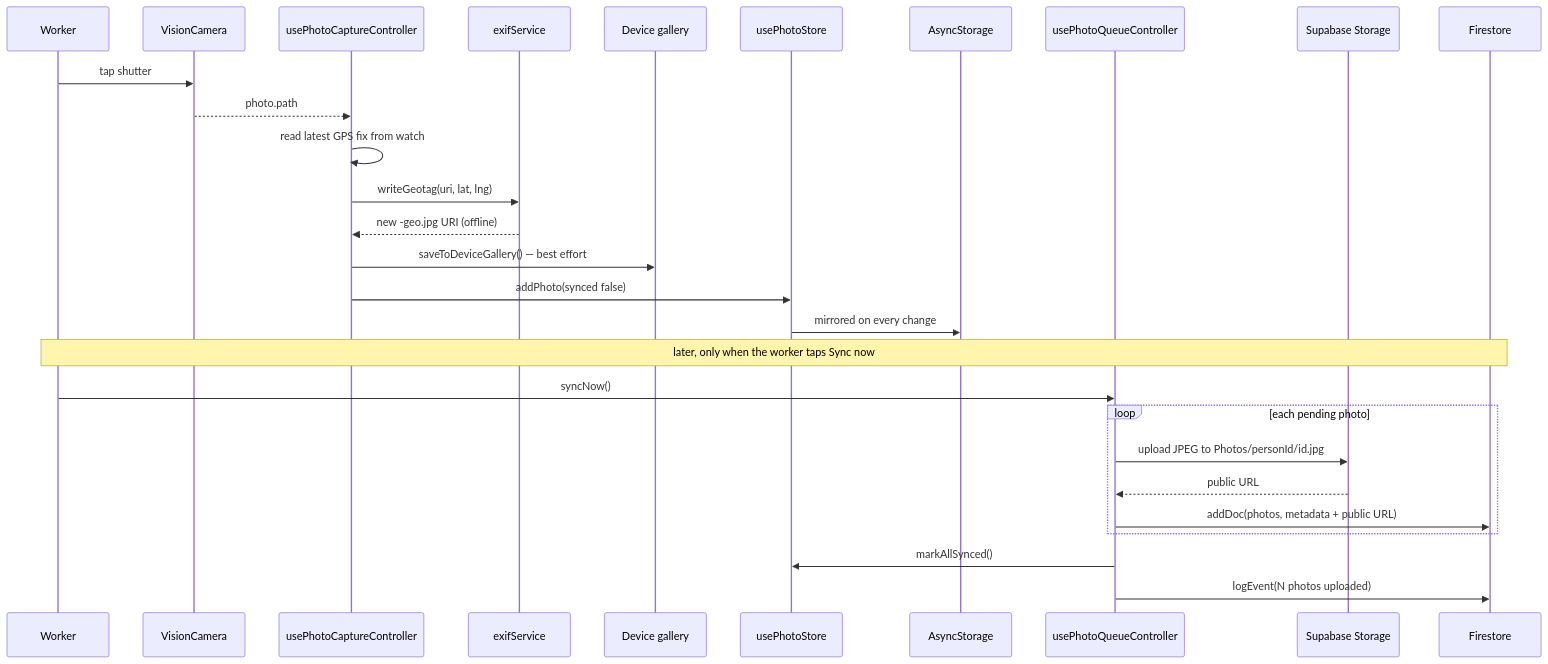
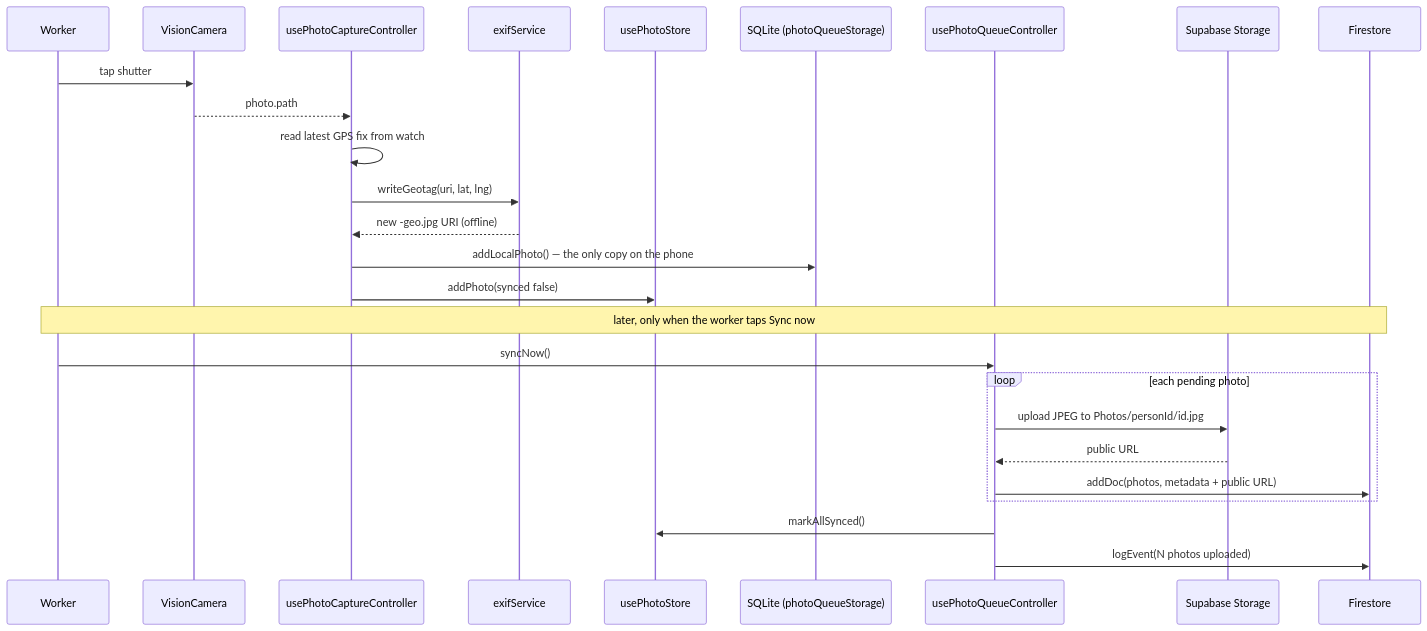
Before and after one commit to Aman2132/Site-tracker: the sixth of 8 diagrams in PROJECT_OVERVIEW.md, drawn with Mermaid. The commit also changed other lines of this file and 46 other files, not shown here.

````diff
--- a/PROJECT_OVERVIEW.md
+++ b/PROJECT_OVERVIEW.md
@@ -357,33 +357,31 @@
 ```mermaid
 sequenceDiagram
     participant U as Worker
     participant CAM as VisionCamera
     participant CTRL as usePhotoCaptureController
     participant EXIF as exifService
-    participant GAL as Device gallery
     participant STORE as usePhotoStore
-    participant DISK as AsyncStorage
+    participant DISK as SQLite (photoQueueStorage)
     participant QC as usePhotoQueueController
     participant SB as Supabase Storage
     participant FS as Firestore
 
     U->>CAM: tap shutter
     CAM-->>CTRL: photo.path
     CTRL->>CTRL: read latest GPS fix from watch
     CTRL->>EXIF: writeGeotag(uri, lat, lng)
     EXIF-->>CTRL: new -geo.jpg URI (offline)
-    CTRL->>GAL: saveToDeviceGallery() — best effort
+    CTRL->>DISK: addLocalPhoto() — the only copy on the phone
     CTRL->>STORE: addPhoto(synced false)
-    STORE->>DISK: mirrored on every change
 
     Note over U,FS: later, only when the worker taps Sync now
 
     U->>QC: syncNow()
     loop each pending photo
         QC->>SB: upload JPEG to Photos/personId/id.jpg
         SB-->>QC: public URL
         QC->>FS: addDoc(photos, metadata + public URL)
     end
     QC->>STORE: markAllSynced()
     QC->>FS: logEvent(N photos uploaded)
 ```
````
